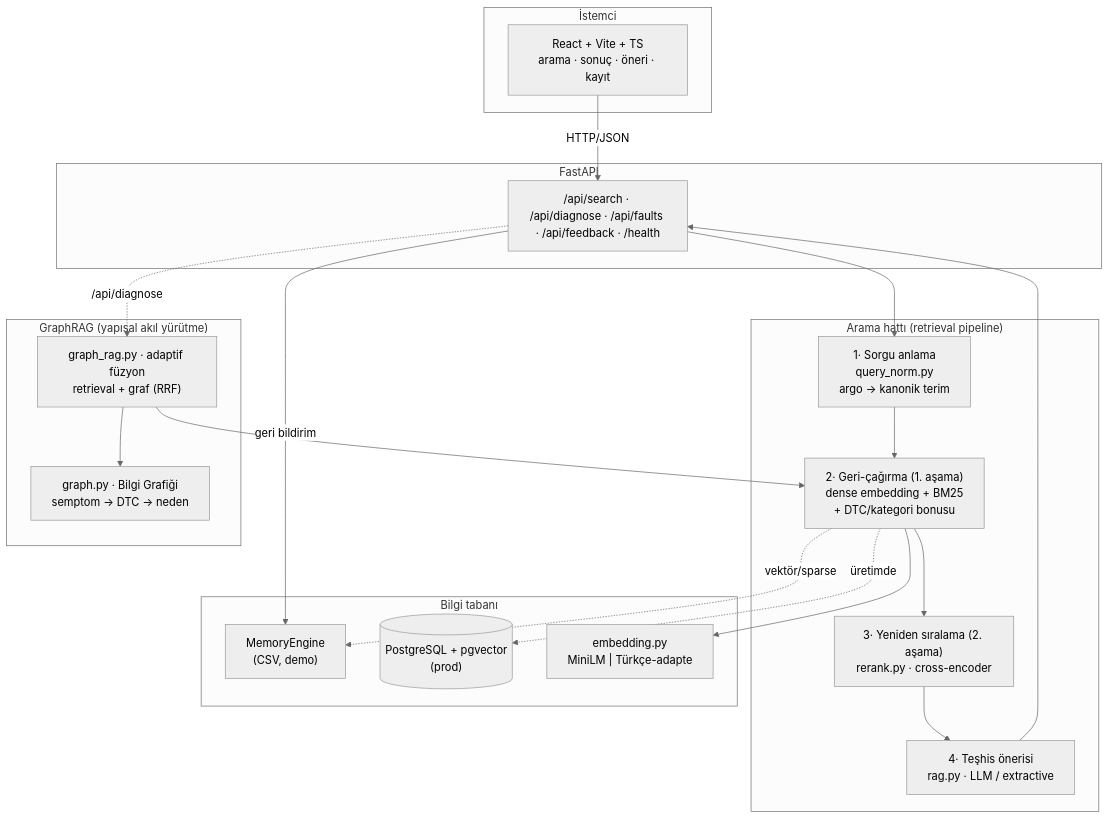
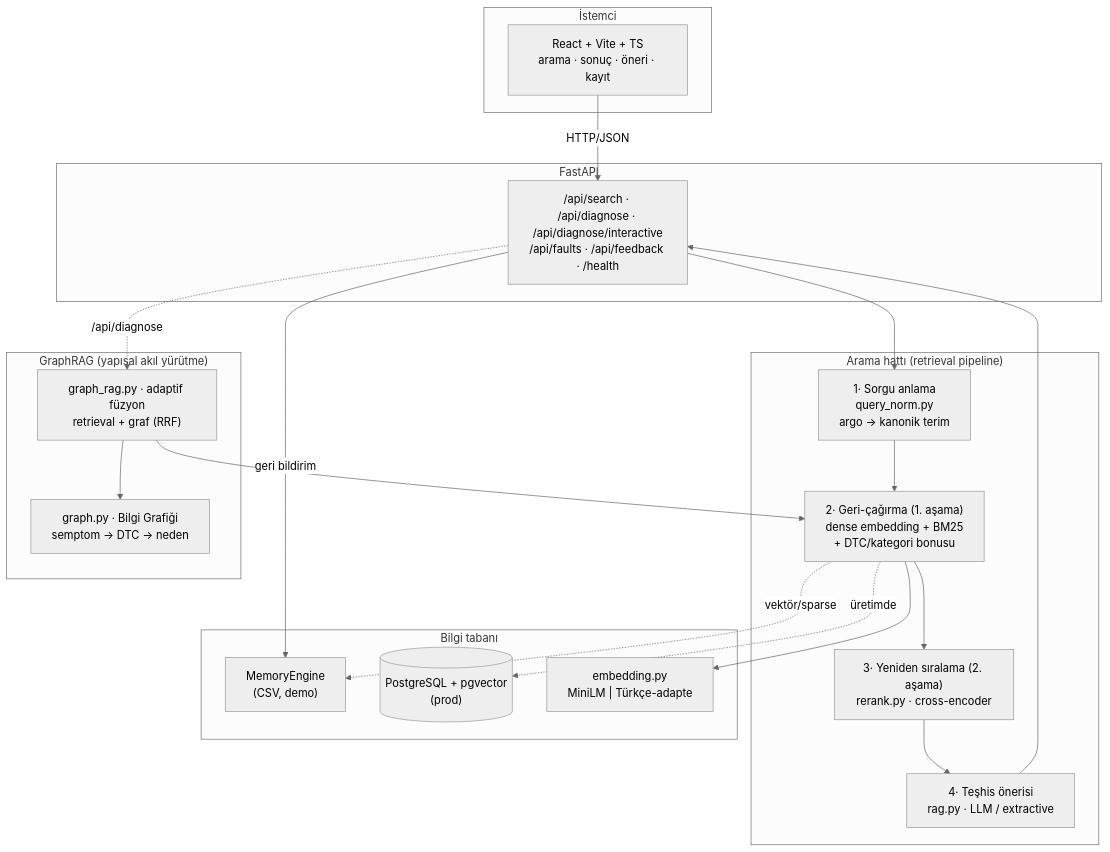
Before and after one commit to sertacakalin/AutoDiag: the diagram in README.md, drawn with Mermaid (neutral theme). The commit also changed other lines of this file and 6 other files, not shown here.

````diff
--- a/README.md
+++ b/README.md
@@ -32,38 +32,38 @@
 ```mermaid
 flowchart TB
     subgraph UI["İstemci"]
         FE["React + Vite + TS<br/>arama · sonuç · öneri · kayıt"]
     end
 
     subgraph API["FastAPI"]
-        EP["/api/search · /api/diagnose · /api/faults · /api/feedback · /health"]
+        EP["/api/search · /api/diagnose · /api/diagnose/interactive<br/>/api/faults · /api/feedback · /health"]
     end
 
     subgraph PIPE["Arama hattı (retrieval pipeline)"]
         QN["1· Sorgu anlama<br/>query_norm.py<br/>argo → kanonik terim"]
         R1["2· Geri-çağırma (1. aşama)<br/>dense embedding + BM25<br/>+ DTC/kategori bonusu"]
         R2["3· Yeniden sıralama (2. aşama)<br/>rerank.py · cross-encoder"]
         RAG["4· Teşhis önerisi<br/>rag.py · LLM / extractive"]
     end
 
     subgraph GRAPH["GraphRAG (yapısal akıl yürütme)"]
         KG["graph.py · Bilgi Grafiği<br/>semptom → DTC → neden"]
         GR["graph_rag.py · adaptif füzyon<br/>retrieval + graf (RRF)"]
     end
 
     subgraph DATA["Bilgi tabanı"]
         MEM["MemoryEngine<br/>(CSV, demo)"]
         PG[("PostgreSQL + pgvector<br/>(prod)")]
         EMB["embedding.py<br/>MiniLM | Türkçe-adapte"]
     end
 
     FE -->|HTTP/JSON| EP
     EP --> QN --> R1 --> R2 --> RAG --> EP
     EP -. /api/diagnose .-> GR
     GR --> R1
     GR --> KG
     R1 -. vektör/sparse .-> MEM
     R1 -. üretimde .-> PG
     R1 --> EMB
     EP -->|geri bildirim| MEM
 ```
````
